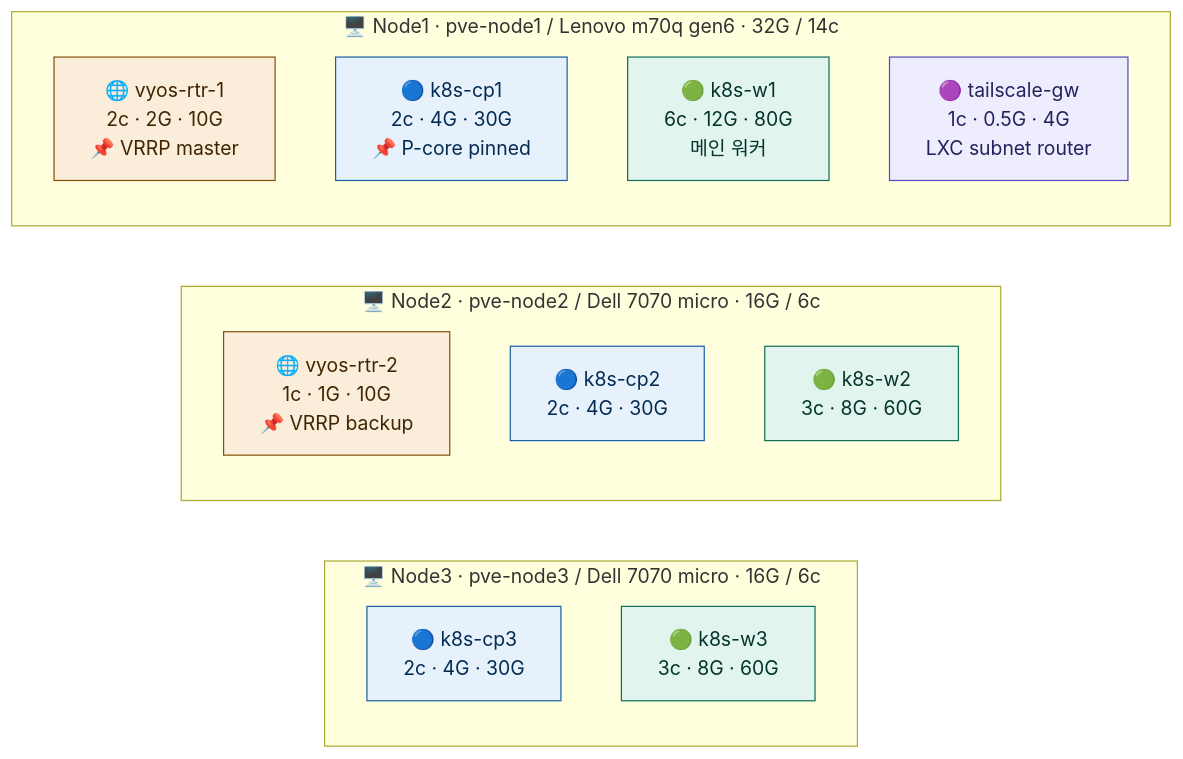
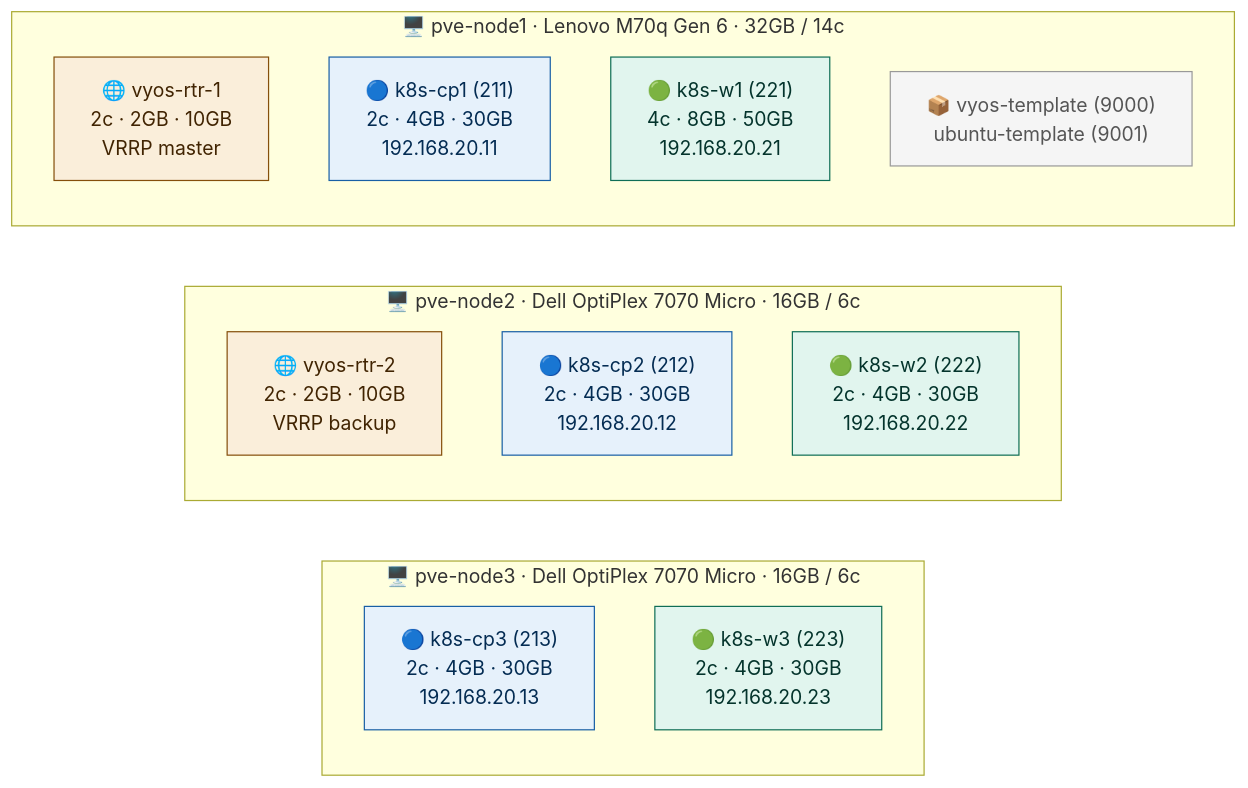
The first of 2 diagrams in README.md (juseok1729/homelab), drawn with Mermaid before and after one commit. The commit also changed other lines of this file, not shown here.

````diff
--- a/README.md
+++ b/README.md
@@ -14,36 +50,36 @@
 ```mermaid
 flowchart TB
-    subgraph Node1["🖥️ Node1 · pve-node1 / Lenovo m70q gen6 · 32G / 14c"]
+    subgraph Node1["🖥️ pve-node1 · Lenovo M70q Gen 6 · 32GB / 14c"]
         direction TB
-        VY1["🌐 vyos-rtr-1<br/>2c · 2G · 10G<br/>📌 VRRP master"]
-        CP1["🔵 k8s-cp1<br/>2c · 4G · 30G<br/>📌 P-core pinned"]
-        W1["🟢 k8s-w1<br/>6c · 12G · 80G<br/>메인 워커"]
-        TS["🟣 tailscale-gw<br/>1c · 0.5G · 4G<br/>LXC subnet router"]
+        VY1["🌐 vyos-rtr-1<br/>2c · 2GB · 10GB<br/>VRRP master"]
+        CP1["🔵 k8s-cp1  (211)<br/>2c · 4GB · 30GB<br/>192.168.20.11"]
+        W1["🟢 k8s-w1  (221)<br/>4c · 8GB · 50GB<br/>192.168.20.21"]
+        T1["📦 vyos-template (9000)<br/>ubuntu-template (9001)"]
     end
 
-    subgraph Node2["🖥️ Node2 · pve-node2 / Dell 7070 micro · 16G / 6c"]
+    subgraph Node2["🖥️ pve-node2 · Dell OptiPlex 7070 Micro · 16GB / 6c"]
         direction TB
-        VY2["🌐 vyos-rtr-2<br/>1c · 1G · 10G<br/>📌 VRRP backup"]
-        CP2["🔵 k8s-cp2<br/>2c · 4G · 30G"]
-        W2["🟢 k8s-w2<br/>3c · 8G · 60G"]
+        VY2["🌐 vyos-rtr-2<br/>2c · 2GB · 10GB<br/>VRRP backup"]
+        CP2["🔵 k8s-cp2  (212)<br/>2c · 4GB · 30GB<br/>192.168.20.12"]
+        W2["🟢 k8s-w2  (222)<br/>2c · 4GB · 30GB<br/>192.168.20.22"]
     end
 
-    subgraph Node3["🖥️ Node3 · pve-node3 / Dell 7070 micro · 16G / 6c"]
+    subgraph Node3["🖥️ pve-node3 · Dell OptiPlex 7070 Micro · 16GB / 6c"]
         direction TB
-        CP3["🔵 k8s-cp3<br/>2c · 4G · 30G"]
-        W3["🟢 k8s-w3<br/>3c · 8G · 60G"]
+        CP3["🔵 k8s-cp3  (213)<br/>2c · 4GB · 30GB<br/>192.168.20.13"]
+        W3["🟢 k8s-w3  (223)<br/>2c · 4GB · 30GB<br/>192.168.20.23"]
     end
 
     Node1 ~~~ Node2
     Node2 ~~~ Node3
 
     classDef router fill:#FAEEDA,stroke:#854F0B,color:#412402
     classDef cp fill:#E6F1FB,stroke:#185FA5,color:#042C53
     classDef worker fill:#E1F5EE,stroke:#0F6E56,color:#04342C
-    classDef gw fill:#EEEDFE,stroke:#534AB7,color:#26215C
+    classDef tmpl fill:#F5F5F5,stroke:#999,color:#555
 
     class VY1,VY2 router
     class CP1,CP2,CP3 cp
     class W1,W2,W3 worker
-    class TS gw
+    class T1 tmpl
 ```
````
